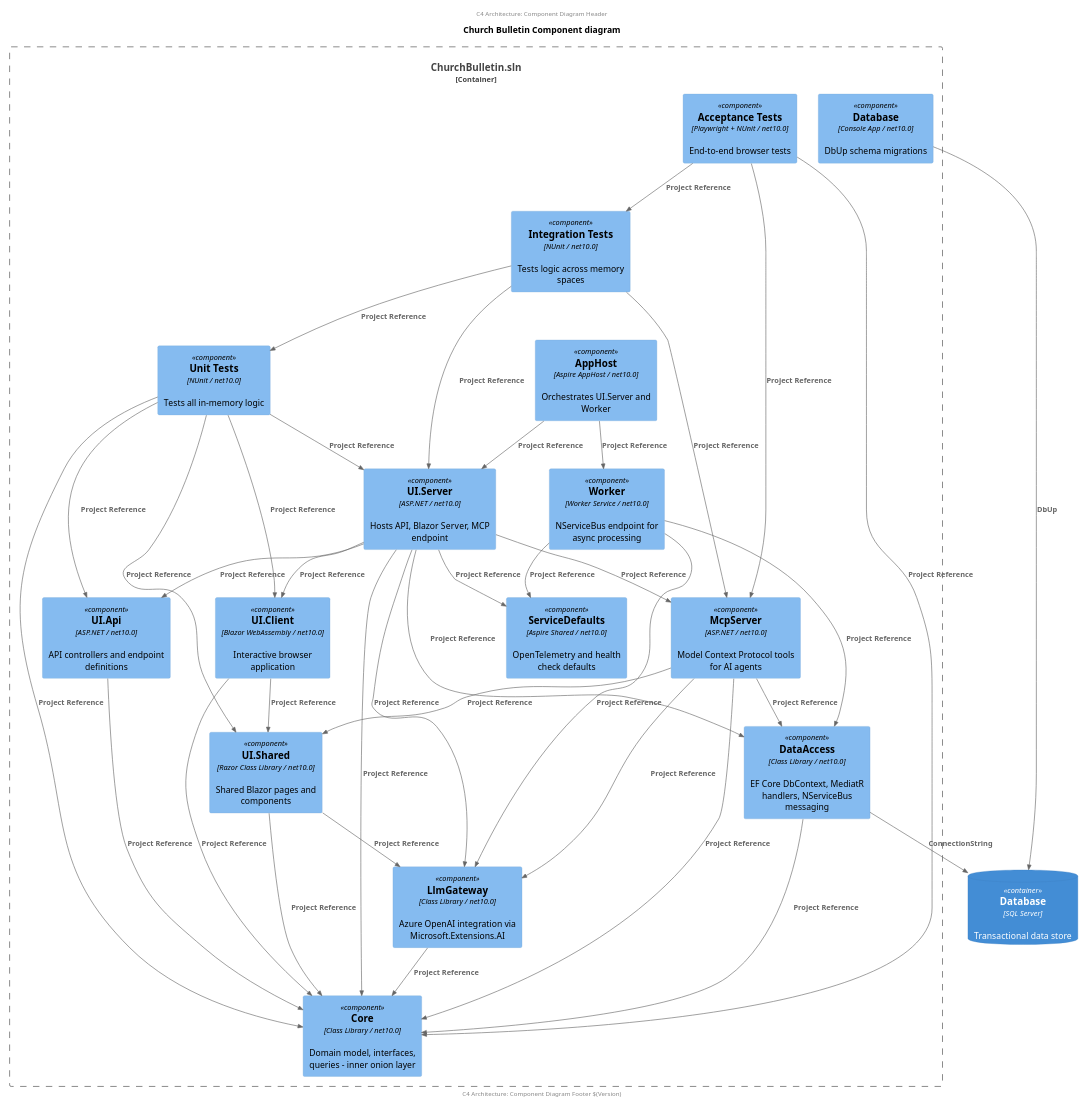
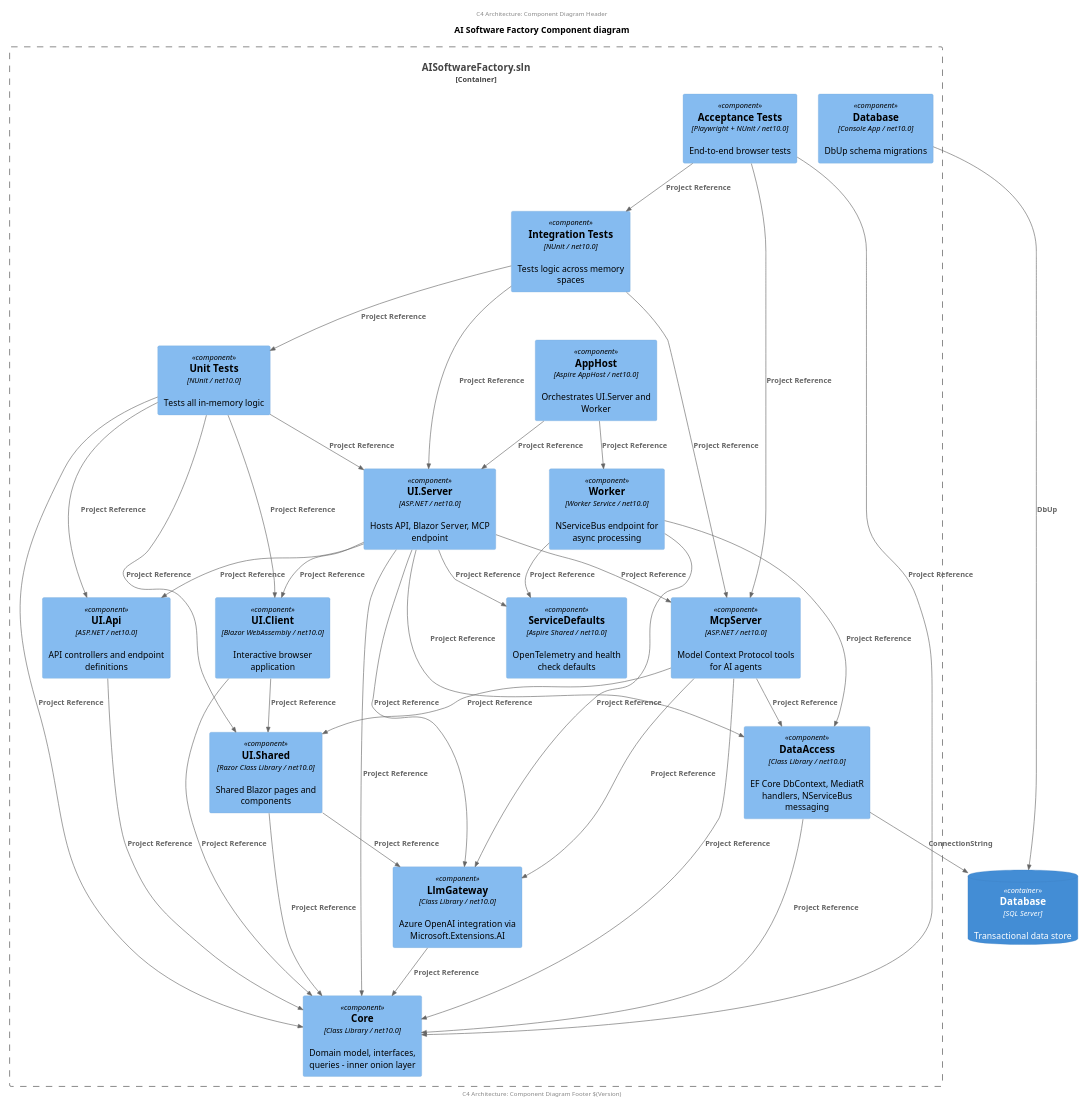
Before and after one commit to ClearMeasure/alice-v2: the diagram in arch/arch-c4-component-project-dependencies.puml, drawn with PlantUML. The commit also changed 21 other files, not shown here.

First line of the commit message:
Rename solution to AISoftwareFactory; rebuild drops DB; fix test console dup

```diff
--- a/arch/arch-c4-component-project-dependencies.puml
+++ b/arch/arch-c4-component-project-dependencies.puml
@@ -1,73 +1,73 @@
 @startuml
 
 scale 2/3
 'left to right direction
 center header
     C4 Architecture: Component Diagram Header
 endheader
 
 !includeurl https://raw.githubusercontent.com/RicardoNiepel/C4-PlantUML/master/C4_Component.puml
 
-title Church Bulletin Component diagram 
+title AI Software Factory Component diagram 
 
 ContainerDb(database, "Database", "SQL Server", "Transactional data store")
 
-Container_Boundary(visualstudiosolution, "ChurchBulletin.sln") {
+Container_Boundary(visualstudiosolution, "AISoftwareFactory.sln") {
     Component(core, "Core", "Class Library / net10.0", "Domain model, interfaces, queries - inner onion layer")
     Component(dataAccess, "DataAccess", "Class Library / net10.0", "EF Core DbContext, MediatR handlers, NServiceBus messaging")
     Component(databaseProject, "Database", "Console App / net10.0", "DbUp schema migrations")
     Component(llmGateway, "LlmGateway", "Class Library / net10.0", "Azure OpenAI integration via Microsoft.Extensions.AI")
     Component(uiShared, "UI.Shared", "Razor Class Library / net10.0", "Shared Blazor pages and components")
     Component(uiApi, "UI.Api", "ASP.NET / net10.0", "API controllers and endpoint definitions")
     Component(uiClient, "UI.Client", "Blazor WebAssembly / net10.0", "Interactive browser application")
     Component(uiServer, "UI.Server", "ASP.NET / net10.0", "Hosts API, Blazor Server, MCP endpoint")
     Component(mcpServer, "McpServer", "ASP.NET / net10.0", "Model Context Protocol tools for AI agents")
     Component(worker, "Worker", "Worker Service / net10.0", "NServiceBus endpoint for async processing")
     Component(serviceDefaults, "ServiceDefaults", "Aspire Shared / net10.0", "OpenTelemetry and health check defaults")
     Component(appHost, "AppHost", "Aspire AppHost / net10.0", "Orchestrates UI.Server and Worker")
     Component(unitTests, "Unit Tests", "NUnit / net10.0", "Tests all in-memory logic")
     Component(integrationTests, "Integration Tests", "NUnit / net10.0", "Tests logic across memory spaces")
     Component(acceptanceTests, "Acceptance Tests", "Playwright + NUnit / net10.0", "End-to-end browser tests")
 }
 
 Rel(dataAccess, core, "Project Reference")
 Rel(llmGateway, core, "Project Reference")
 Rel(uiApi, core, "Project Reference")
 Rel(uiShared, core, "Project Reference")
 Rel(uiShared, llmGateway, "Project Reference")
 Rel(uiClient, core, "Project Reference")
 Rel(uiClient, uiShared, "Project Reference")
 Rel(uiServer, core, "Project Reference")
 Rel(uiServer, dataAccess, "Project Reference")
 Rel(uiServer, llmGateway, "Project Reference")
 Rel(uiServer, mcpServer, "Project Reference")
 Rel(uiServer, uiClient, "Project Reference")
 Rel(uiServer, uiApi, "Project Reference")
 Rel(uiServer, serviceDefaults, "Project Reference")
 Rel(mcpServer, core, "Project Reference")
 Rel(mcpServer, dataAccess, "Project Reference")
 Rel(mcpServer, llmGateway, "Project Reference")
 Rel(mcpServer, uiShared, "Project Reference")
 Rel(worker, dataAccess, "Project Reference")
 Rel(worker, llmGateway, "Project Reference")
 Rel(worker, serviceDefaults, "Project Reference")
 Rel(appHost, uiServer, "Project Reference")
 Rel(appHost, worker, "Project Reference")
 Rel(databaseProject, database, "DbUp")
 Rel(dataAccess, database, "ConnectionString")
 Rel(unitTests, core, "Project Reference")
 Rel(unitTests, uiClient, "Project Reference")
 Rel(unitTests, uiApi, "Project Reference")
 Rel(unitTests, uiServer, "Project Reference")
 Rel(unitTests, uiShared, "Project Reference")
 Rel(integrationTests, uiServer, "Project Reference")
 Rel(integrationTests, mcpServer, "Project Reference")
 Rel(integrationTests, unitTests, "Project Reference")
 Rel(acceptanceTests, core, "Project Reference")
 Rel(acceptanceTests, integrationTests, "Project Reference")
 Rel(acceptanceTests, mcpServer, "Project Reference")
 
 center footer
     C4 Architecture: Component Diagram Footer $(Version)
 endfooter
 @enduml
```
